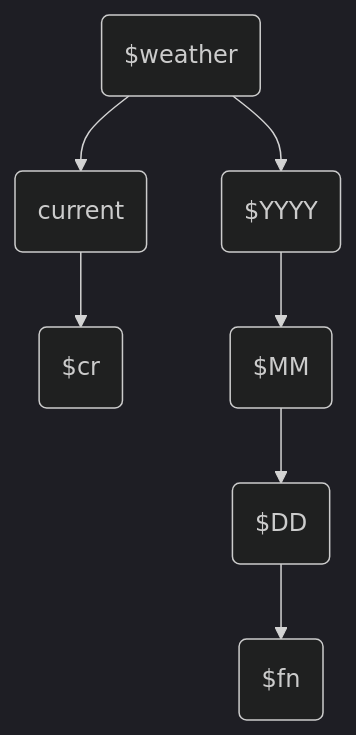
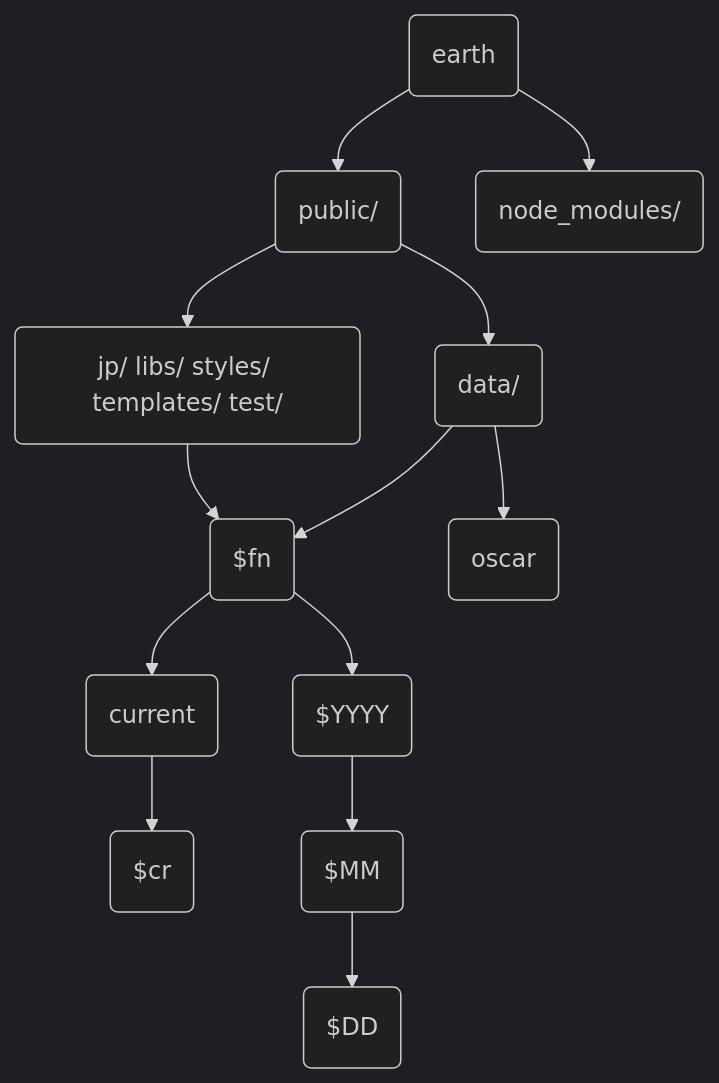
Before and after one commit to sinotec2/FAQ: the diagram in _posts/2022-08-05-earth_gfs.md, drawn with Mermaid (dark theme). The commit also changed other lines of this file, not shown here.

````diff
--- a/_posts/2022-08-05-earth_gfs.md
+++ b/_posts/2022-08-05-earth_gfs.md
@@ -60,9 +61,15 @@
 ```mermaid
 graph TD
-    A($weather) --> B(current)
-    B --> G($cr)
-    A --> C($YYYY)
-    C --> D($MM)
-    D --> E($DD)
+    A(earth) --> B(public/)
+    A --> C(node_modules/)
+    B --> D(data/)
+    B --> E(jp/ libs/ styles/ templates/ test/)
+    D --> F($weather)
+    D --> H(oscar)
+    F --> I(current)
+    I --> J($cr)
+    F --> K($YYYY)
+    K --> L($MM)
+    L --> M($DD)
     E --> F($fn)
 ```  
````
